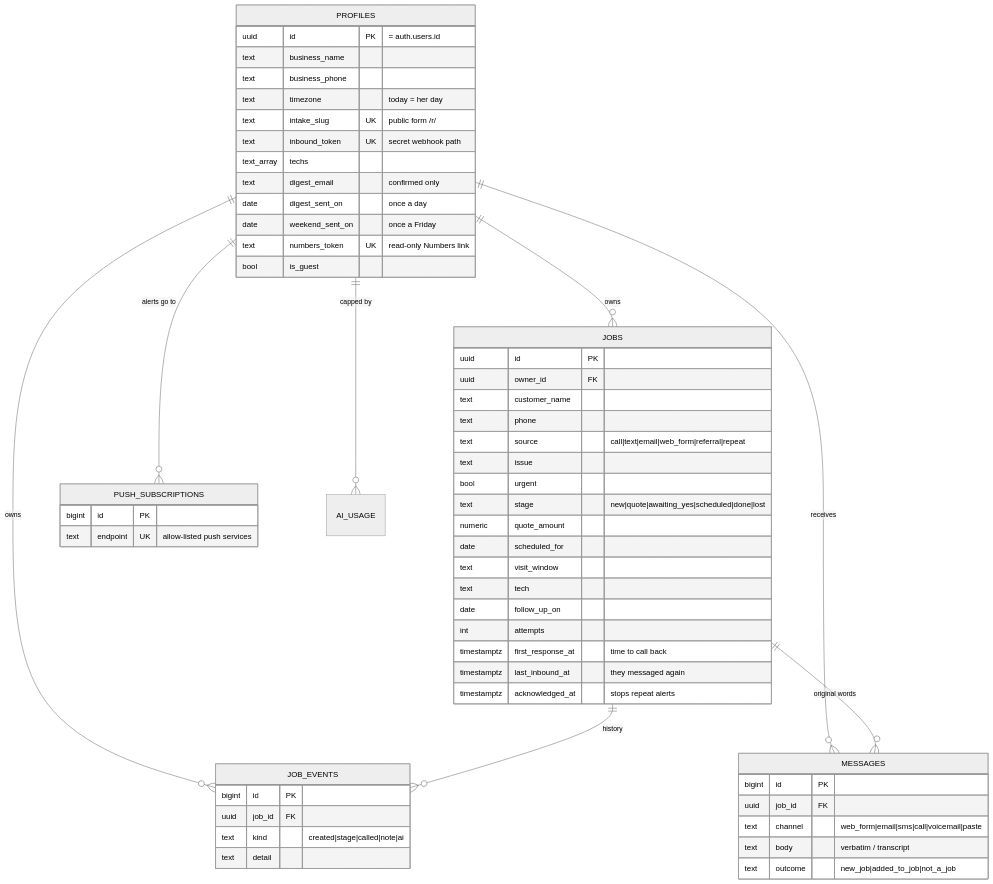
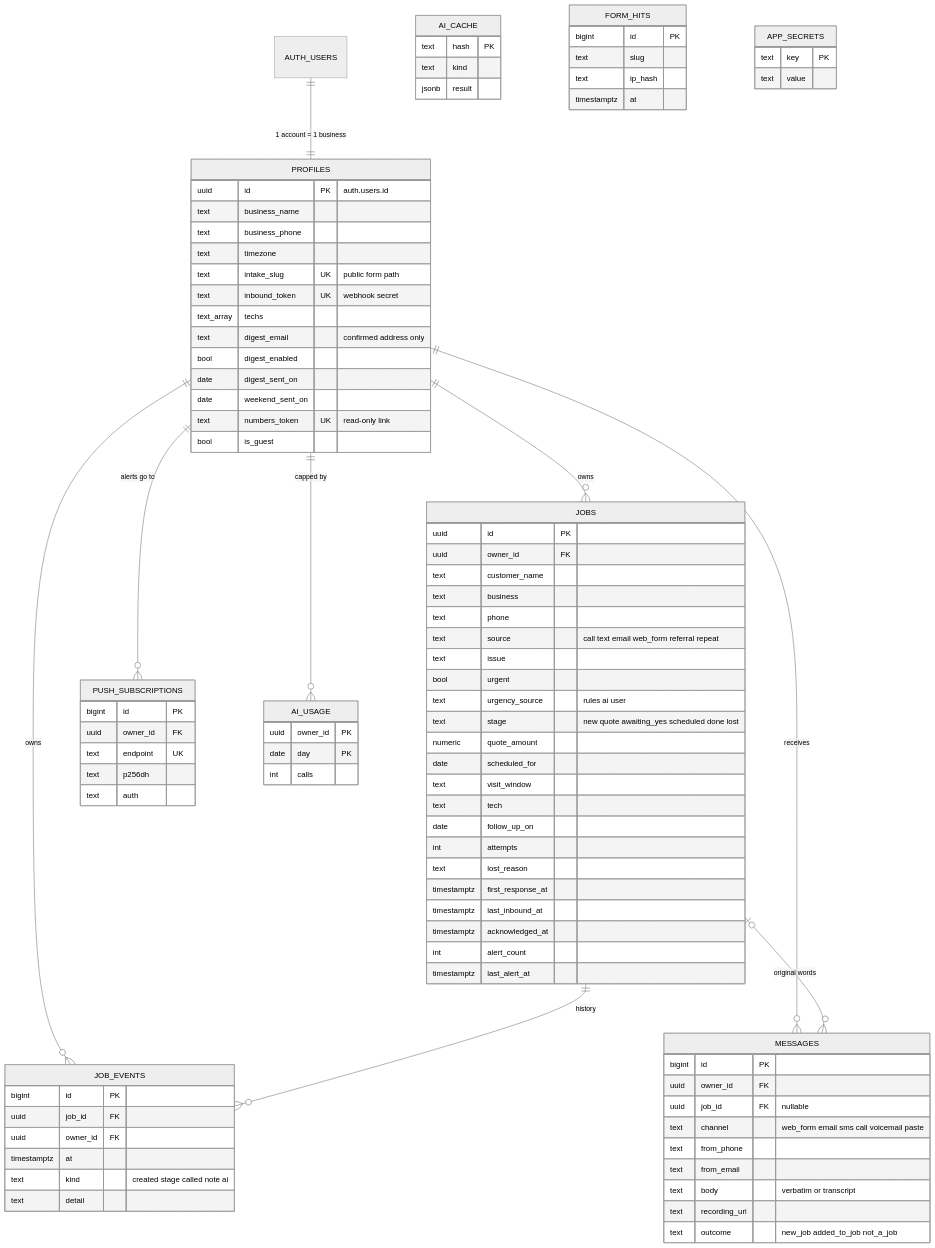
The third of 3 diagrams in README.md (Zakuroooo/FollowUp), drawn with Mermaid (neutral theme) before and after one commit. The commit also changed other lines of this file, not shown here.

Commit message:
Rewrite README: architecture, request flow, schema, stack, verified test counts

````diff
--- a/README.md
+++ b/README.md
@@ -215,61 +196,97 @@
 ```mermaid
 erDiagram
+  AUTH_USERS ||--|| PROFILES : "1 account = 1 business"
   PROFILES ||--o{ JOBS : owns
   PROFILES ||--o{ JOB_EVENTS : owns
   PROFILES ||--o{ MESSAGES : receives
   PROFILES ||--o{ PUSH_SUBSCRIPTIONS : "alerts go to"
   PROFILES ||--o{ AI_USAGE : "capped by"
-  JOBS ||--o{ JOB_EVENTS : "history"
-  JOBS ||--o{ MESSAGES : "original words"
+  JOBS ||--o{ JOB_EVENTS : history
+  JOBS |o--o{ MESSAGES : "original words"
 
   PROFILES {
-    uuid id PK "= auth.users.id"
+    uuid id PK "auth.users.id"
     text business_name
     text business_phone
-    text timezone "today = her day"
-    text intake_slug UK "public form /r/<slug>"
-    text inbound_token UK "secret webhook path"
+    text timezone
+    text intake_slug UK "public form path"
+    text inbound_token UK "webhook secret"
     text_array techs
-    text digest_email "confirmed only"
-    date digest_sent_on "once a day"
-    date weekend_sent_on "once a Friday"
-    text numbers_token UK "read-only Numbers link"
+    text digest_email "confirmed address only"
+    bool digest_enabled
+    date digest_sent_on
+    date weekend_sent_on
+    text numbers_token UK "read-only link"
     bool is_guest
   }
   JOBS {
     uuid id PK
     uuid owner_id FK
     text customer_name
+    text business
     text phone
-    text source "call|text|email|web_form|referral|repeat"
+    text source "call text email web_form referral repeat"
     text issue
     bool urgent
-    text stage "new|quote|awaiting_yes|scheduled|done|lost"
+    text urgency_source "rules ai user"
+    text stage "new quote awaiting_yes scheduled done lost"
     numeric quote_amount
     date scheduled_for
     text visit_window
     text tech
     date follow_up_on
     int attempts
-    timestamptz first_response_at "time to call back"
-    timestamptz last_inbound_at "they messaged again"
-    timestamptz acknowledged_at "stops repeat alerts"
+    text lost_reason
+    timestamptz first_response_at
+    timestamptz last_inbound_at
+    timestamptz acknowledged_at
+    int alert_count
+    timestamptz last_alert_at
   }
   JOB_EVENTS {
     bigint id PK
     uuid job_id FK
-    text kind "created|stage|called|note|ai"
+    uuid owner_id FK
+    timestamptz at
+    text kind "created stage called note ai"
     text detail
   }
   MESSAGES {
     bigint id PK
-    uuid job_id FK
-    text channel "web_form|email|sms|call|voicemail|paste"
-    text body "verbatim / transcript"
-    text outcome "new_job|added_to_job|not_a_job"
+    uuid owner_id FK
+    uuid job_id FK "nullable"
+    text channel "web_form email sms call voicemail paste"
+    text from_phone
+    text from_email
+    text body "verbatim or transcript"
+    text recording_url
+    text outcome "new_job added_to_job not_a_job"
   }
   PUSH_SUBSCRIPTIONS {
     bigint id PK
-    text endpoint UK "allow-listed push services"
+    uuid owner_id FK
+    text endpoint UK
+    text p256dh
+    text auth
+  }
+  AI_USAGE {
+    uuid owner_id PK
+    date day PK
+    int calls
+  }
+  AI_CACHE {
+    text hash PK
+    text kind
+    jsonb result
+  }
+  FORM_HITS {
+    bigint id PK
+    text slug
+    text ip_hash
+    timestamptz at
+  }
+  APP_SECRETS {
+    text key PK
+    text value
   }
 ```
````
